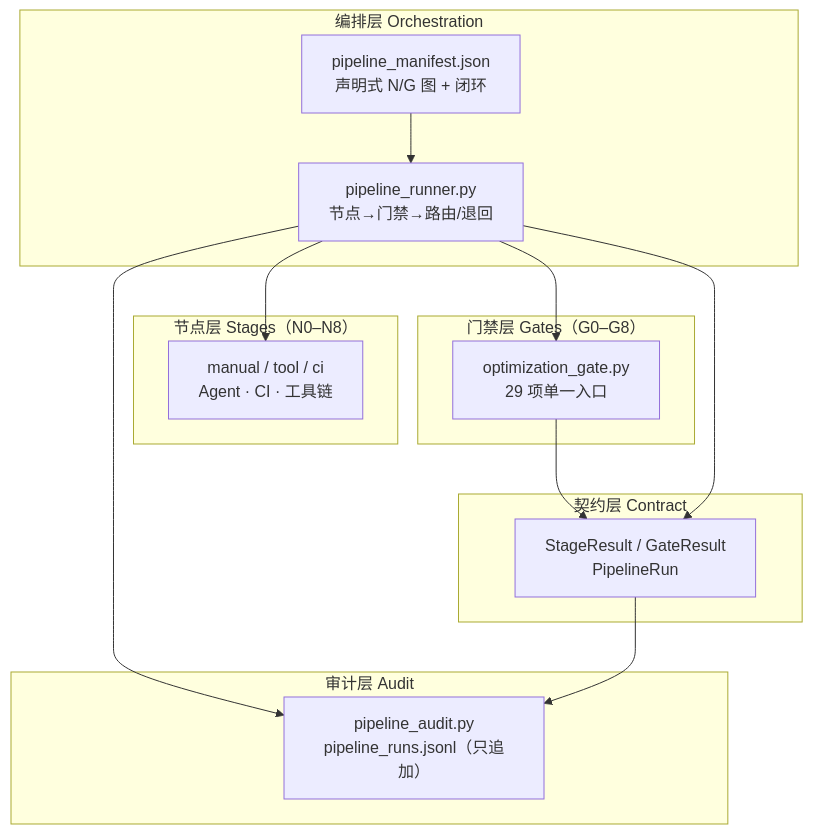
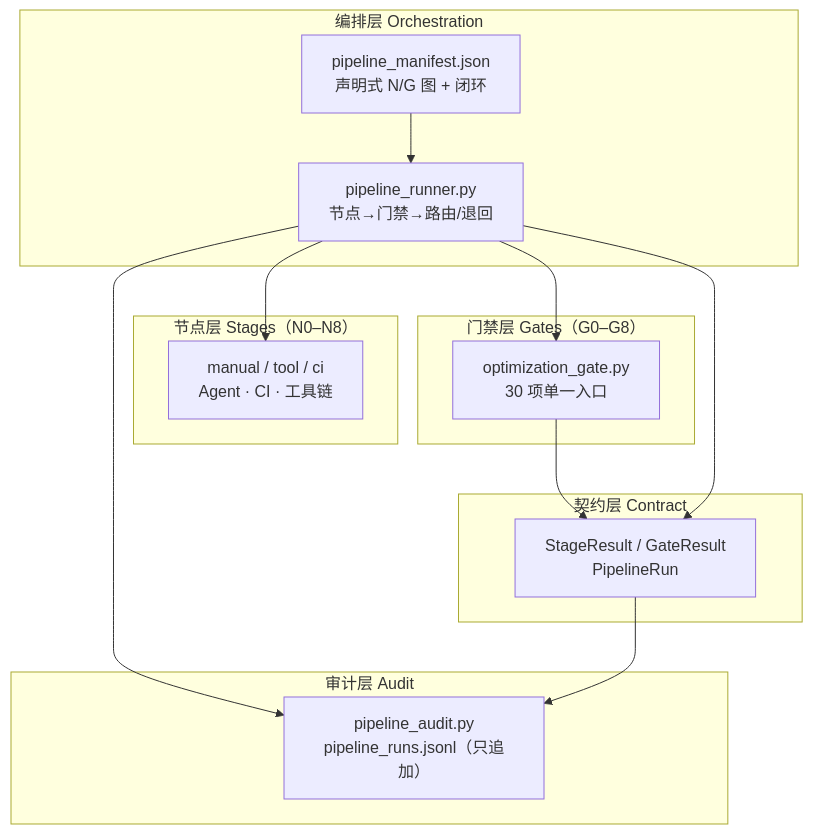
One commit to hmbphxkw76-byte/tech-context-digest changed the diagram in engine/docs/report-pipeline-implementation-plan.md. Above: the diagram before and after it, drawn with Mermaid. The commit also changed other lines of this file and 100 other files, not shown here.

````diff
--- a/engine/docs/report-pipeline-implementation-plan.md
+++ b/engine/docs/report-pipeline-implementation-plan.md
@@ -24,26 +24,26 @@
 ```mermaid
 flowchart TB
     subgraph ORCH["编排层 Orchestration"]
         M["pipeline_manifest.json<br/>声明式 N/G 图 + 闭环"]
         R["pipeline_runner.py<br/>节点→门禁→路由/退回"]
     end
     subgraph STAGE["节点层 Stages（N0–N8）"]
         S["manual / tool / ci<br/>Agent · CI · 工具链"]
     end
     subgraph GATE["门禁层 Gates（G0–G8）"]
-        OG["optimization_gate.py<br/>29 项单一入口"]
+        OG["optimization_gate.py<br/>30 项单一入口"]
     end
     subgraph CONTRACT["契约层 Contract"]
         C["StageResult / GateResult<br/>PipelineRun"]
     end
     subgraph AUDIT["审计层 Audit"]
         A["pipeline_audit.py<br/>pipeline_runs.jsonl（只追加）"]
     end
     M --> R
     R --> S
     R --> OG
     OG --> C
     R --> C
     R --> A
     C --> A
 ```
````
